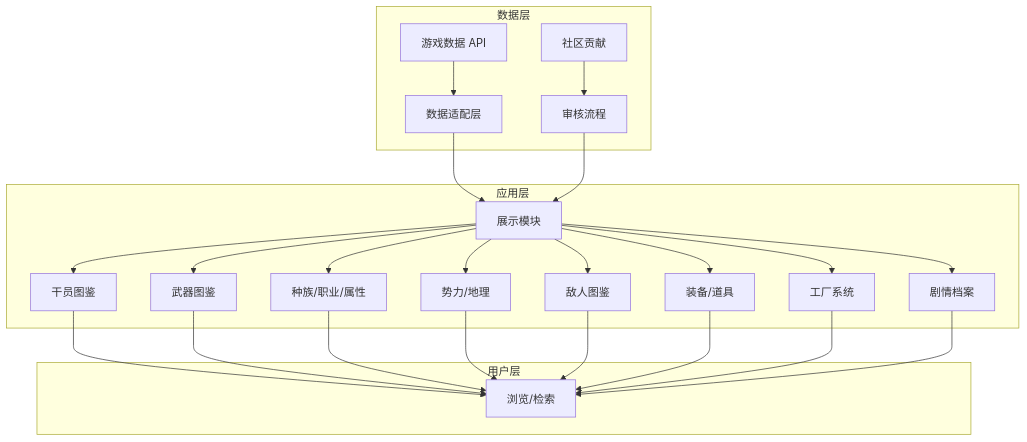
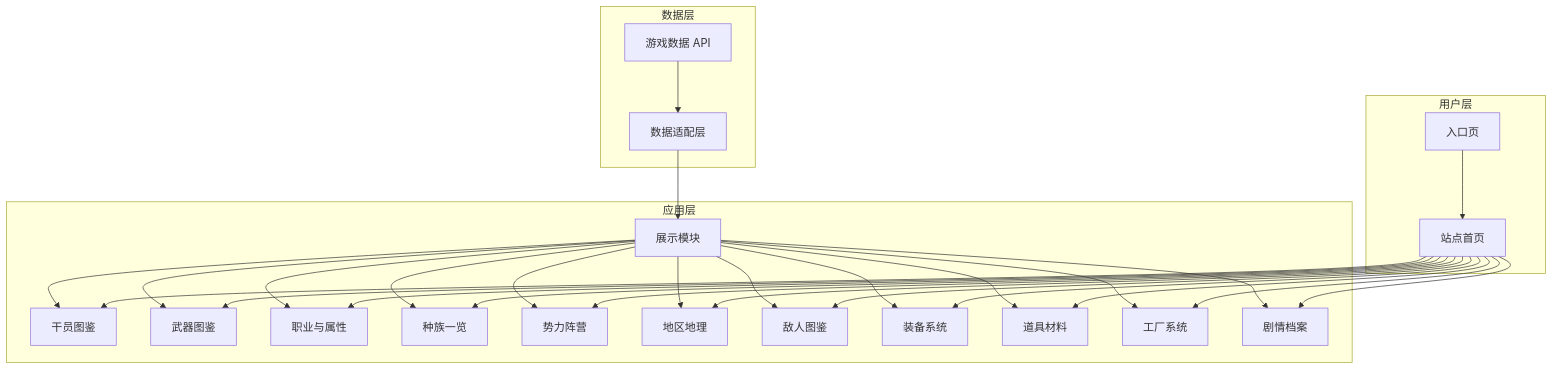
One commit to Deliay/hongshan-archives-bureau changed the first of 2 diagrams in docs/product/00-site-concept.md. Above: the diagram before and after it, drawn with Mermaid. The commit also changed other lines of this file, not shown here.

````diff
--- a/docs/product/00-site-concept.md
+++ b/docs/product/00-site-concept.md
@@ -18,29 +18,34 @@
 ```mermaid
 flowchart TD
     subgraph 数据层
         A[游戏数据 API] --> B[数据适配层]
-        C[社区贡献] --> D[审核流程]
     end
     subgraph 应用层
         B --> E[展示模块]
-        D --> E
         E --> F[干员图鉴]
         E --> G[武器图鉴]
-        E --> H[种族/职业/属性]
-        E --> I[势力/地理]
-        E --> J[敌人图鉴]
-        E --> K[装备/道具]
-        E --> L[工厂系统]
-        E --> M[剧情档案]
+        E --> H[职业与属性]
+        E --> I[种族一览]
+        E --> J[势力阵营]
+        E --> K[地区地理]
+        E --> L[敌人图鉴]
+        E --> M[装备系统]
+        E --> N[道具材料]
+        E --> O[工厂系统]
+        E --> P[剧情档案]
     end
     subgraph 用户层
-        F --> N[浏览/检索]
-        G --> N
-        H --> N
-        I --> N
-        J --> N
-        K --> N
-        L --> N
-        M --> N
+        Q[入口页] --> R[站点首页]
+        R --> F
+        R --> G
+        R --> H
+        R --> J
+        R --> K
+        R --> L
+        R --> M
+        R --> N
+        R --> O
+        R --> P
+        R --> I
     end
 ```
````
